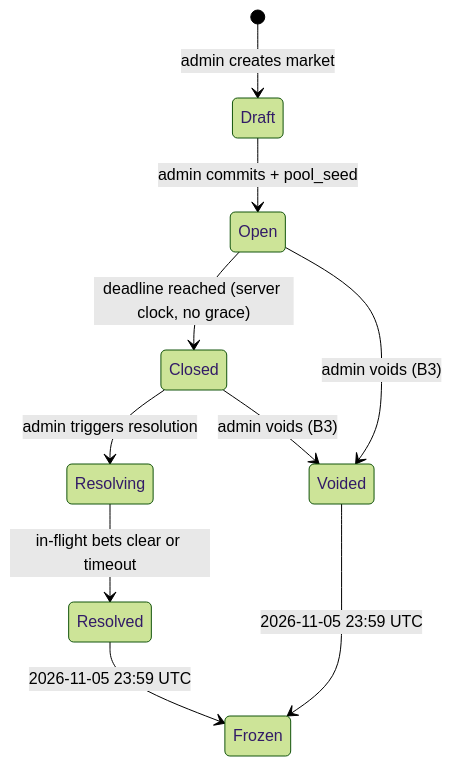
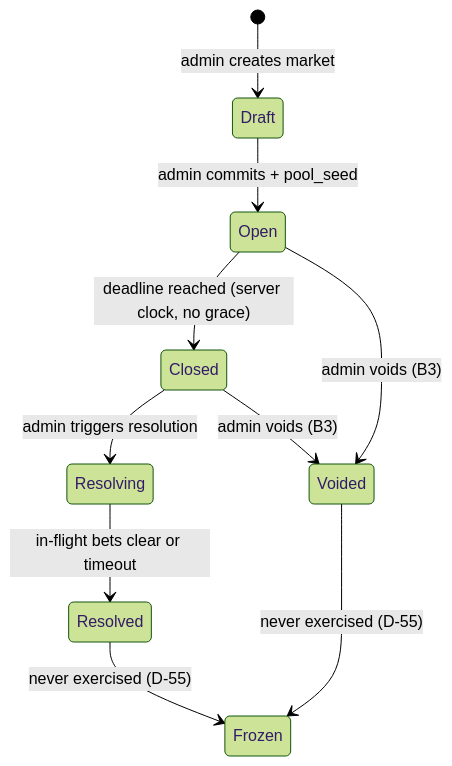
The first of 3 diagrams in docs/specs/SPEC.1.md (zugzwang-foundation/experiment), drawn with Mermaid (forest theme) before and after one commit. The commit also changed other lines of this file and 147 other files, not shown here.

````diff
--- a/docs/specs/SPEC.1.md
+++ b/docs/specs/SPEC.1.md
@@ -213,12 +213,12 @@
 ```mermaid
 stateDiagram-v2
     [*] --> Draft: admin creates market
     Draft --> Open: admin commits + pool_seed
     Open --> Closed: deadline reached (server clock, no grace)
     Closed --> Resolving: admin triggers resolution
     Resolving --> Resolved: in-flight bets clear or timeout
     Open --> Voided: admin voids (B3)
     Closed --> Voided: admin voids (B3)
-    Resolved --> Frozen: 2026-11-05 23:59 UTC
-    Voided --> Frozen: 2026-11-05 23:59 UTC
+    Resolved --> Frozen: never exercised (D-55)
+    Voided --> Frozen: never exercised (D-55)
 ```
````
